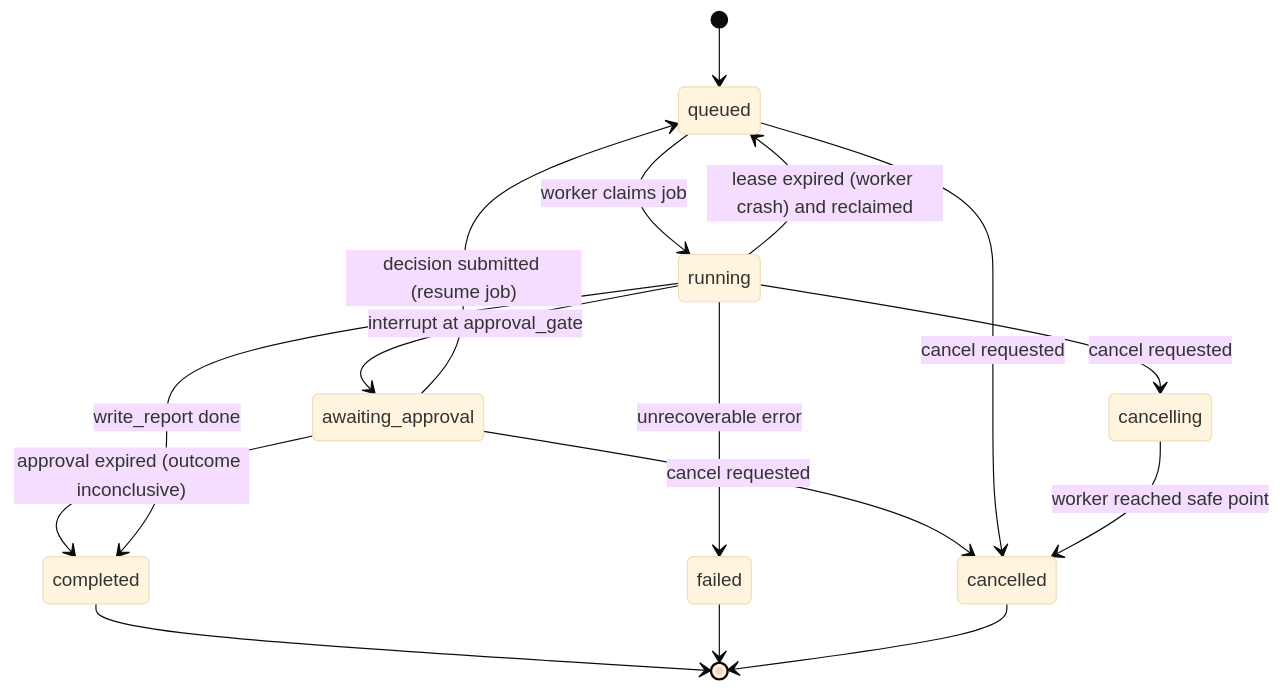
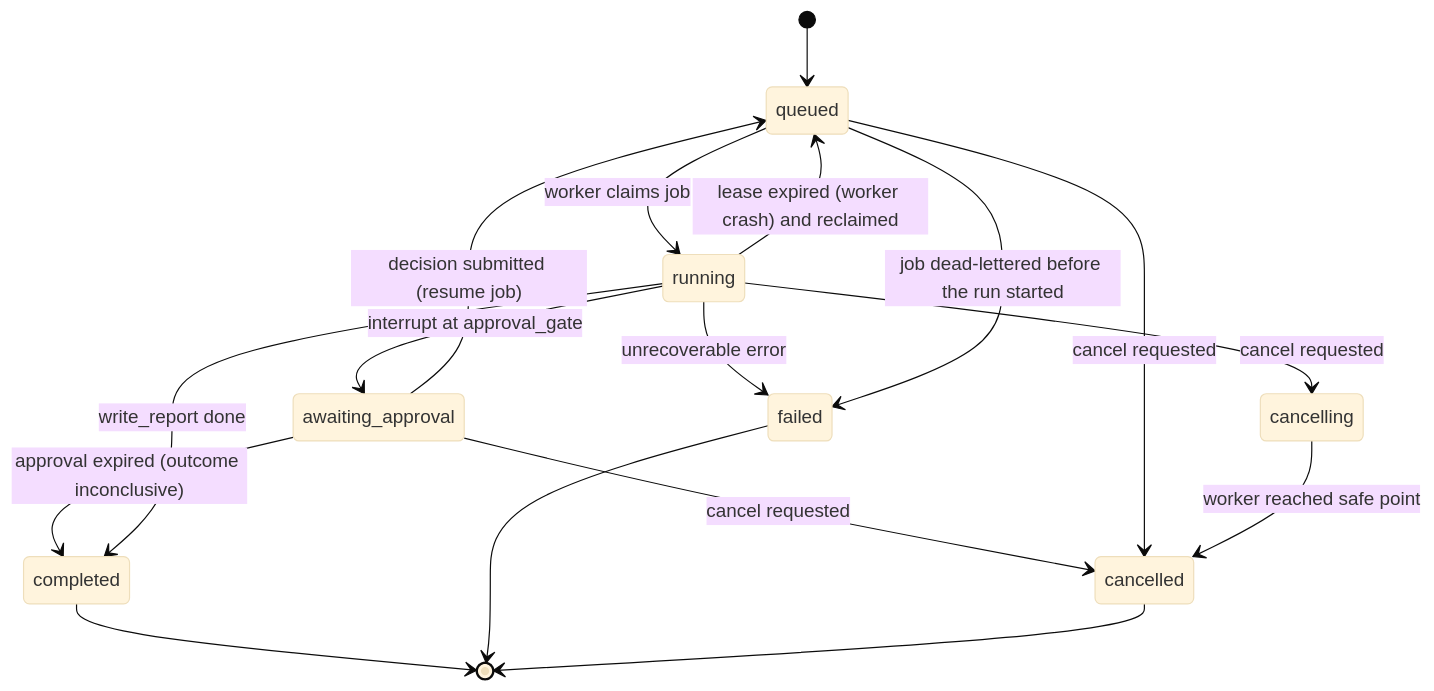
Before and after one commit to yuvrajsatyapal/QueryCure: the second of 2 diagrams in docs/architecture/AGENT_SYSTEM.md, drawn with Mermaid (base theme). The commit also changed other lines of this file and 17 other files, not shown here.

First line of the commit message:
feat(agents): T2.10 graph assembly, Postgres checkpointer, resume, worker handlers

````diff
--- a/docs/architecture/AGENT_SYSTEM.md
+++ b/docs/architecture/AGENT_SYSTEM.md
@@ -222,18 +230,19 @@
 ```mermaid
 stateDiagram-v2
   [*] --> queued
   queued --> running: worker claims job
   running --> awaiting_approval: interrupt at approval_gate
   awaiting_approval --> queued: decision submitted (resume job)
   awaiting_approval --> completed: approval expired (outcome inconclusive)
   running --> completed: write_report done
   running --> failed: unrecoverable error
   running --> cancelling: cancel requested
   awaiting_approval --> cancelled: cancel requested
   queued --> cancelled: cancel requested
+  queued --> failed: job dead-lettered before the run started
   cancelling --> cancelled: worker reached safe point
   running --> queued: lease expired (worker crash) and reclaimed
   completed --> [*]
   failed --> [*]
   cancelled --> [*]
 ```
````
